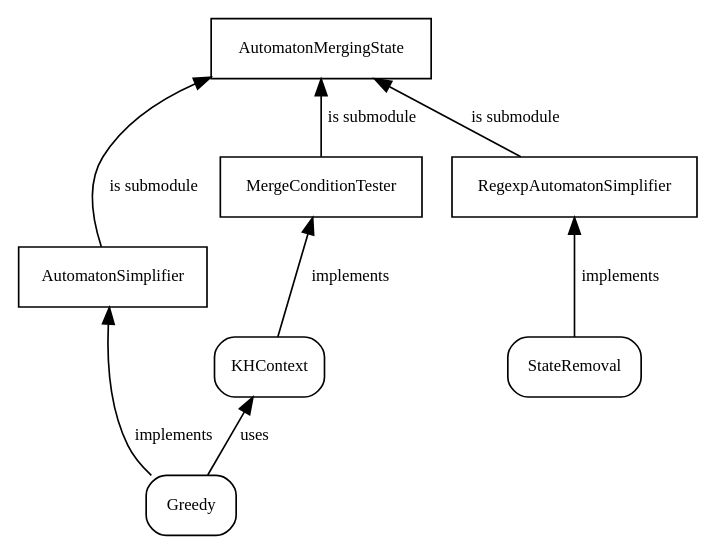
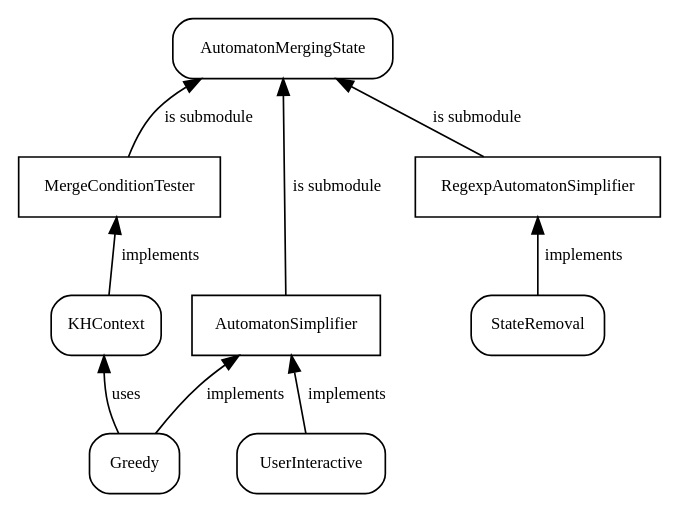
Before and after one commit to otmarjr/jInfer-fork: the diagram in doc/jInfer/twostep/automaton_merging_state_submodules.gv, drawn with Graphviz. The commit also changed 10 other files, not shown here.

```diff
--- a/doc/jInfer/twostep/automaton_merging_state_submodules.gv
+++ b/doc/jInfer/twostep/automaton_merging_state_submodules.gv
@@ -1,21 +1,25 @@
 digraph automaton_merging_states_submodules {
-	node [shape = rectangle, fontname = "SFTT1000", fontsize = 10];
-	edge [fontname = "SFTT1000", fontsize = 10];
+	node [shape = rectangle, fontname = "TeXGyrePagella-Regular", fontsize = 10];
+	edge [fontname = "TeXGyrePagella-Regular", fontsize = 10];
 	rankdir = BT;
 
-	AutomatonMergingState;
+	AutomatonMergingState [style = rounded];
 	AutomatonSimplifier -> AutomatonMergingState [label = "is submodule"];
 	RegexpAutomatonSimplifier -> AutomatonMergingState [label = "is submodule"];
 	MergeConditionTester -> AutomatonMergingState [label = "is submodule"];
 
 	Greedy [style = rounded];
 	Greedy -> AutomatonSimplifier [label = "implements"];
 	
 	StateRemoval [style = rounded];
 	StateRemoval -> RegexpAutomatonSimplifier [label = "implements"];
 	
 	KHContext [style = rounded];
 	KHContext -> MergeConditionTester [label = "implements"];
 	
 	Greedy -> KHContext [label = "uses"];
+
+	UserInteractive [style = rounded];
+	UserInteractive -> AutomatonSimplifier [label = "implements"];
+	
 }
```
